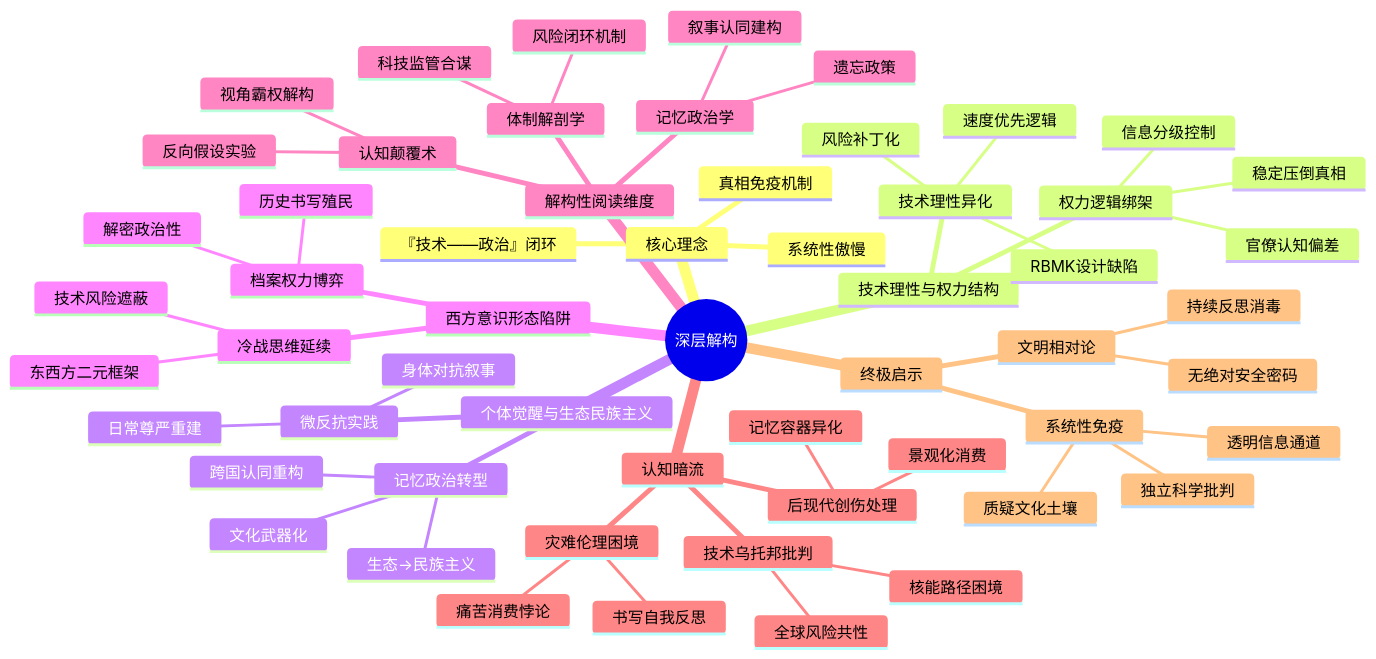
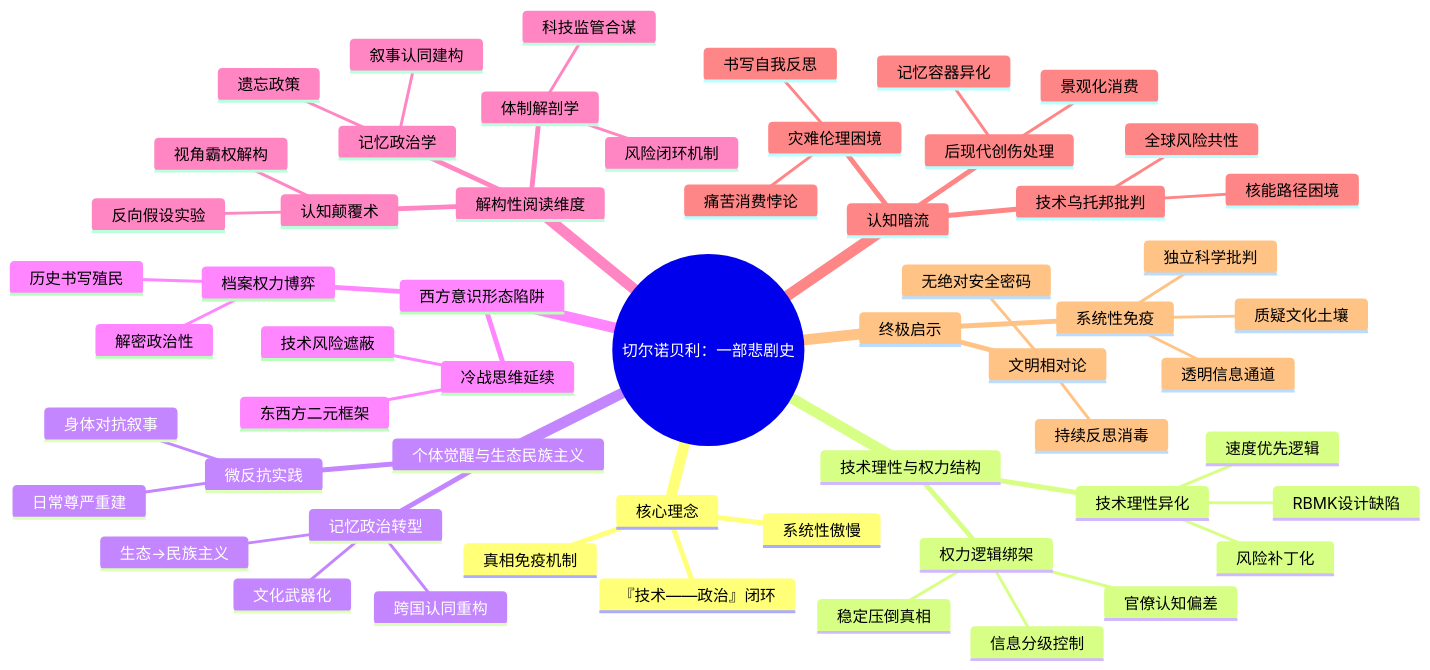
Before and after one commit to funloss/funKnowledge: the diagram in 读书/世界历史/切尔诺贝利：一部悲剧史.md, drawn with Mermaid. The commit also changed 74 other files, not shown here.

````diff
--- a/读书/世界历史/切尔诺贝利：一部悲剧史.md
+++ b/读书/世界历史/切尔诺贝利：一部悲剧史.md
@@ -3,66 +3,66 @@
 ```mermaid
 mindmap
-  root((深层解构))
+  root((切尔诺贝利：一部悲剧史))
     核心理念
       『技术——政治』闭环
       系统性傲慢
       真相免疫机制
     
     技术理性与权力结构
       技术理性异化
         RBMK设计缺陷
         速度优先逻辑
         风险补丁化
       权力逻辑绑架
         信息分级控制
         稳定压倒真相
         官僚认知偏差
     
     个体觉醒与生态民族主义
       微反抗实践
         身体对抗叙事
         日常尊严重建
       记忆政治转型
         生态→民族主义
         文化武器化
         跨国认同重构
     
     西方意识形态陷阱
       冷战思维延续
         东西方二元框架
         技术风险遮蔽
       档案权力博弈
         解密政治性
         历史书写殖民
     
     解构性阅读维度
       体制解剖学
         科技监管合谋
         风险闭环机制
       记忆政治学
         遗忘政策
         叙事认同建构
       认知颠覆术
         视角霸权解构
         反向假设实验
     
     认知暗流
       技术乌托邦批判
         全球风险共性
         核能路径困境
       灾难伦理困境
         痛苦消费悖论
         书写自我反思
       后现代创伤处理
         景观化消费
         记忆容器异化
     
     终极启示
       系统性免疫
         透明信息通道
         独立科学批判
         质疑文化土壤
       文明相对论
         无绝对安全密码
         持续反思消毒
 ``` 
````
